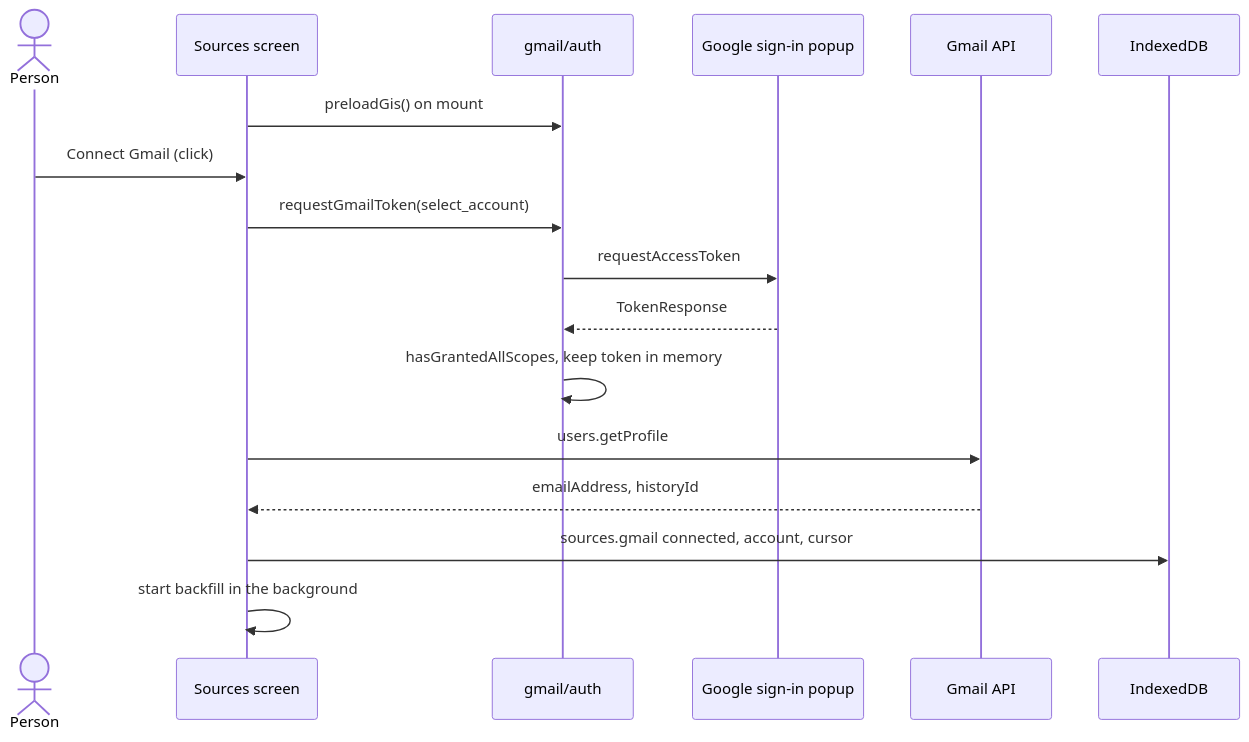
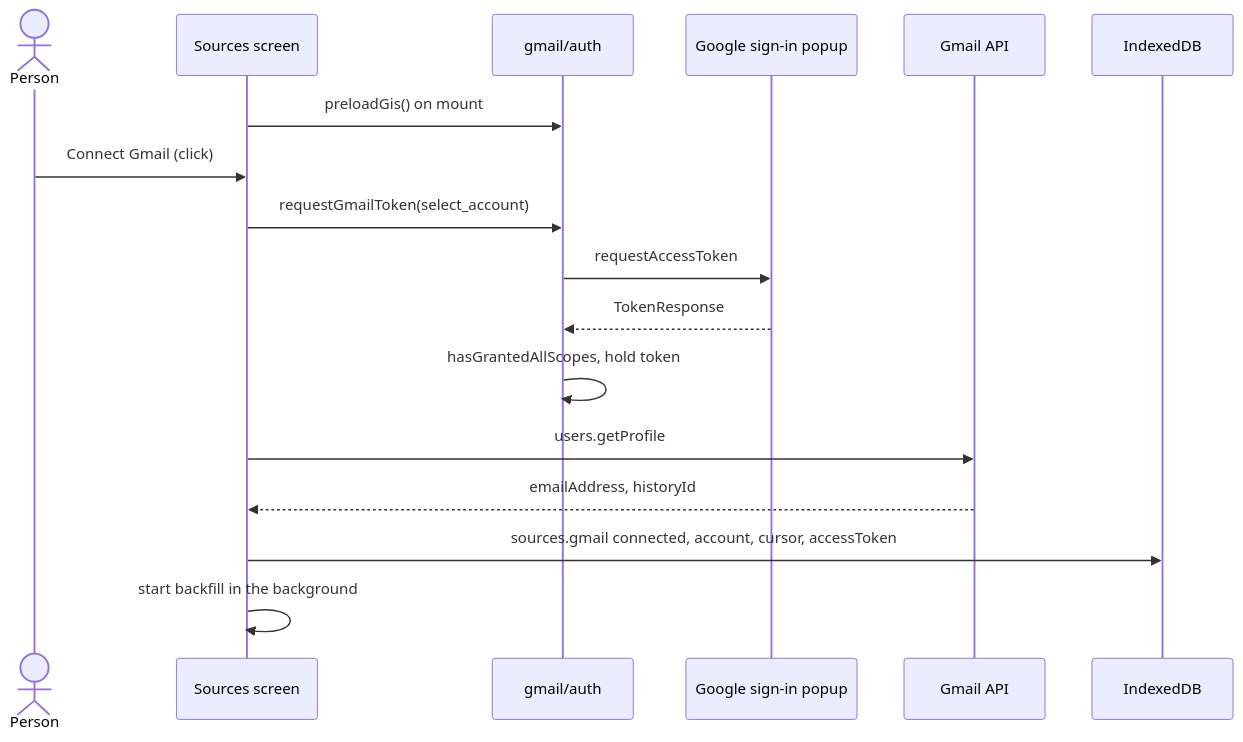
The fifth of 8 diagrams in docs/spec/20-index-and-sources.md (1manideep/Sieve), drawn with Mermaid before and after one commit. The commit also changed other lines of this file and 95 other files, not shown here.

Commit message:
Sender and date filters, latest first, the answer checked against the item, codes never shared, no-match resolves itself, Gmail token kept for its hour, connector request id first with safe retries

````diff
--- a/docs/spec/20-index-and-sources.md
+++ b/docs/spec/20-index-and-sources.md
@@ -1052,19 +1095,19 @@
 ```mermaid
 sequenceDiagram
   actor P as Person
   participant UI as Sources screen
   participant A as gmail/auth
   participant G as Google sign-in popup
   participant API as Gmail API
   participant DB as IndexedDB
   UI->>A: preloadGis() on mount
   P->>UI: Connect Gmail (click)
   UI->>A: requestGmailToken(select_account)
   A->>G: requestAccessToken
   G-->>A: TokenResponse
-  A->>A: hasGrantedAllScopes, keep token in memory
+  A->>A: hasGrantedAllScopes, hold token
   UI->>API: users.getProfile
   API-->>UI: emailAddress, historyId
-  UI->>DB: sources.gmail connected, account, cursor
+  UI->>DB: sources.gmail connected, account, cursor, accessToken
   UI->>UI: start backfill in the background
 ```
````
